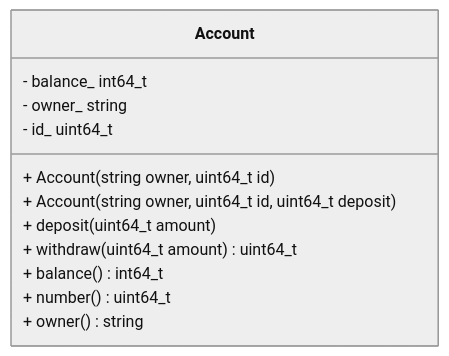
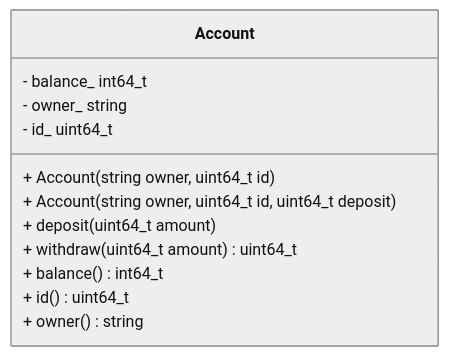
The diagram in README.md (Bilal09239/cpp_oop_intro_), drawn with Mermaid (neutral theme) before and after one commit. The commit also changed 1 other file, not shown here.

Commit message:
refactor: rename number_ to id_ and number() to id()

````diff
--- a/README.md
+++ b/README.md
@@ -31,15 +31,15 @@
 ```mermaid
 classDiagram
 class Account {
   - balance_ int64_t
   - owner_ string
   - id_ uint64_t
   + Account(string owner, uint64_t id)
   + Account(string owner, uint64_t id, uint64_t deposit)
   + deposit(uint64_t amount)
   + withdraw(uint64_t amount) uint64_t
   + balance() int64_t
-  + number() uint64_t
+  + id() uint64_t
   + owner() string
 }
 ```
````
